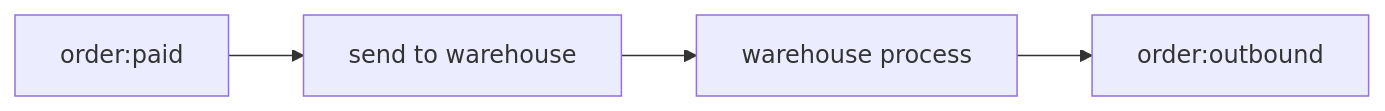
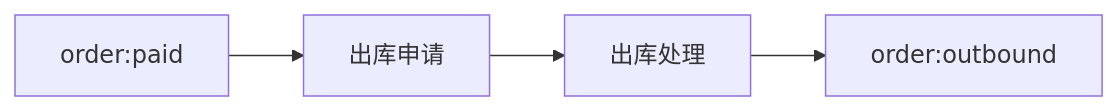
One commit to llxxbb/Nature-Demo changed the diagram in doc/ZH/emall/emall-3-stock-out.md. Above: the diagram before and after it, drawn with Mermaid. The commit also changed other lines of this file and 4 other files, not shown here.

````diff
--- a/doc/ZH/emall/emall-3-stock-out.md
+++ b/doc/ZH/emall/emall-3-stock-out.md
@@ -26,6 +28,6 @@
 ```mermaid
 graph LR
-	order:paid-->send[send to warehouse]
-	send-->wh[warehouse process]
+	order:paid-->send[出库申请]
+	send-->wh[出库处理]
 	wh-->order:outbound	
 ```
````
